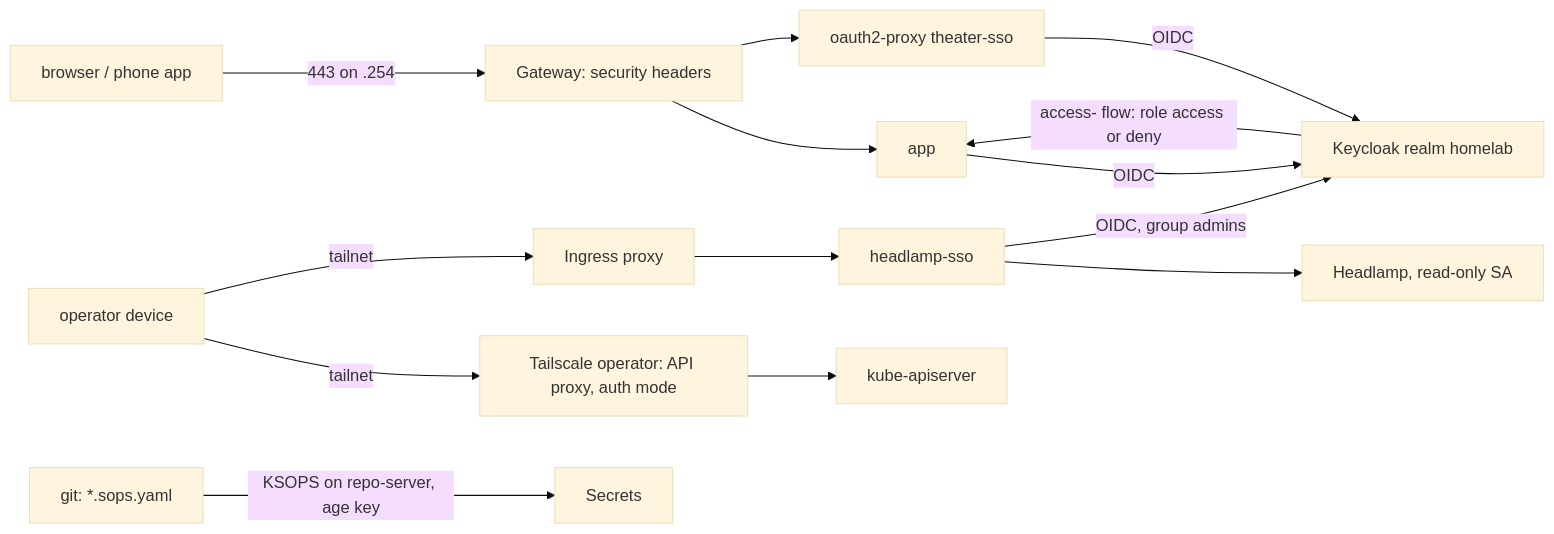
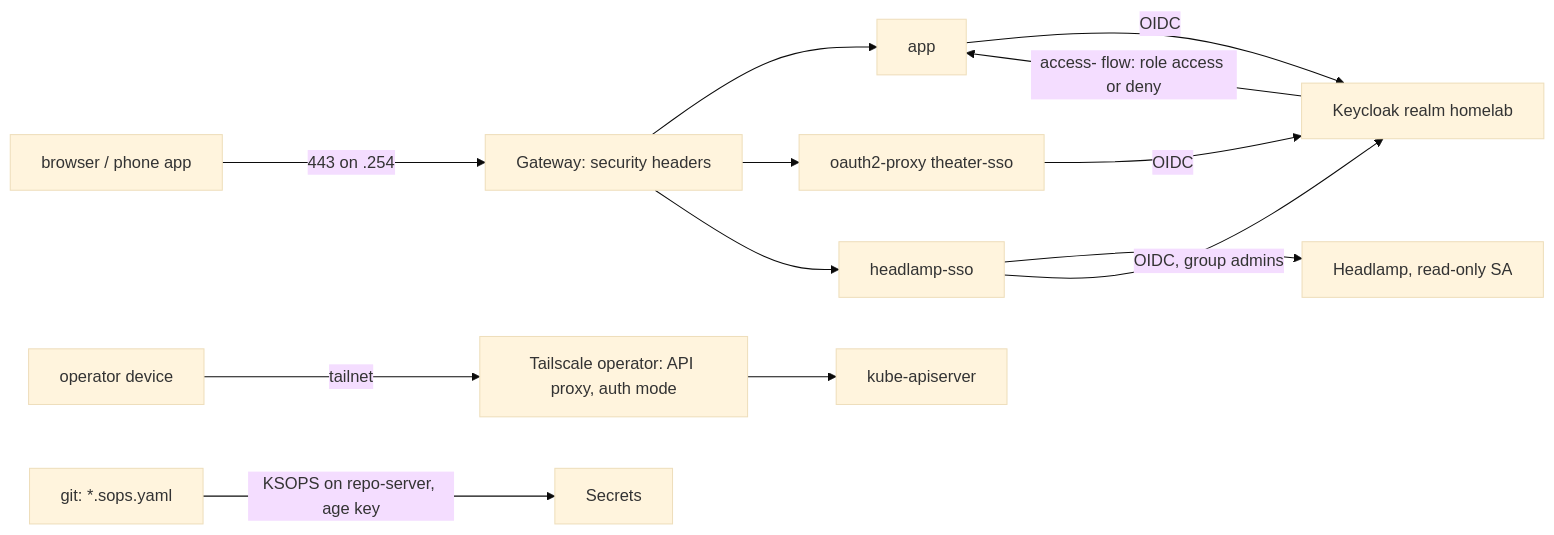
Before and after one commit to ned-si/homelab: the diagram in .kiro/specs/access-identity/design.md, drawn with Mermaid (base theme). The commit also changed other lines of this file and 20 other files, not shown here.

````diff
--- a/.kiro/specs/access-identity/design.md
+++ b/.kiro/specs/access-identity/design.md
@@ -5,11 +5,11 @@
 ```mermaid
 flowchart LR
   U[browser / phone app] -->|443 on .254| GW[Gateway: security headers]
   GW --> APP[app] -->|OIDC| KC[Keycloak realm homelab]
   GW --> P[oauth2-proxy theater-sso] -->|OIDC| KC
   KC -->|access-<client> flow: role access or deny| APP
   OP[operator device] -->|tailnet| TS[Tailscale operator: API proxy, auth mode] --> API[kube-apiserver]
-  OP -->|tailnet| HI[Ingress proxy] --> HS[headlamp-sso] --> HL[Headlamp, read-only SA]
+  GW --> HS[headlamp-sso] --> HL[Headlamp, read-only SA]
   HS -->|OIDC, group admins| KC
   G[git: *.sops.yaml] -->|KSOPS on repo-server, age key| S[Secrets]
 ```
````
